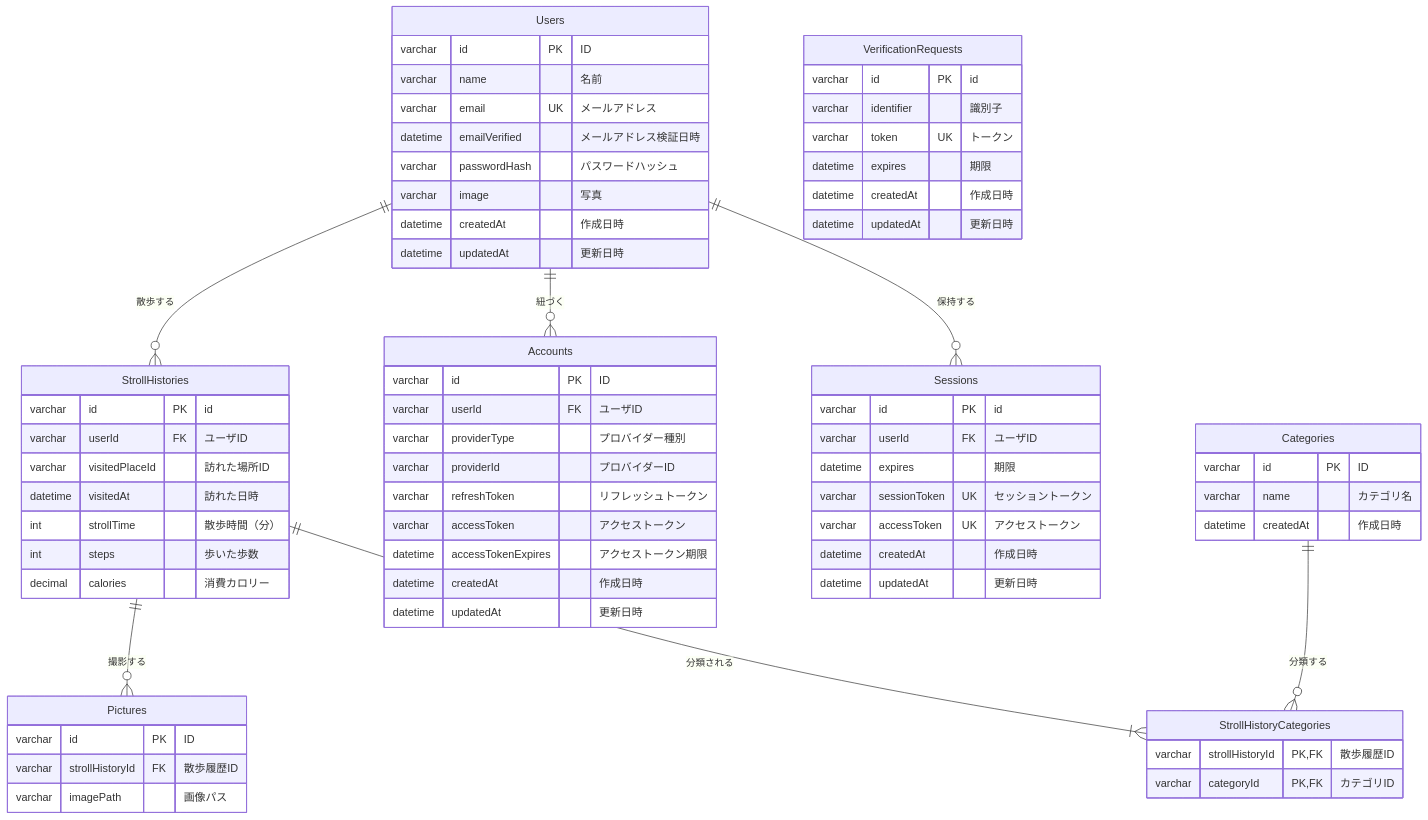
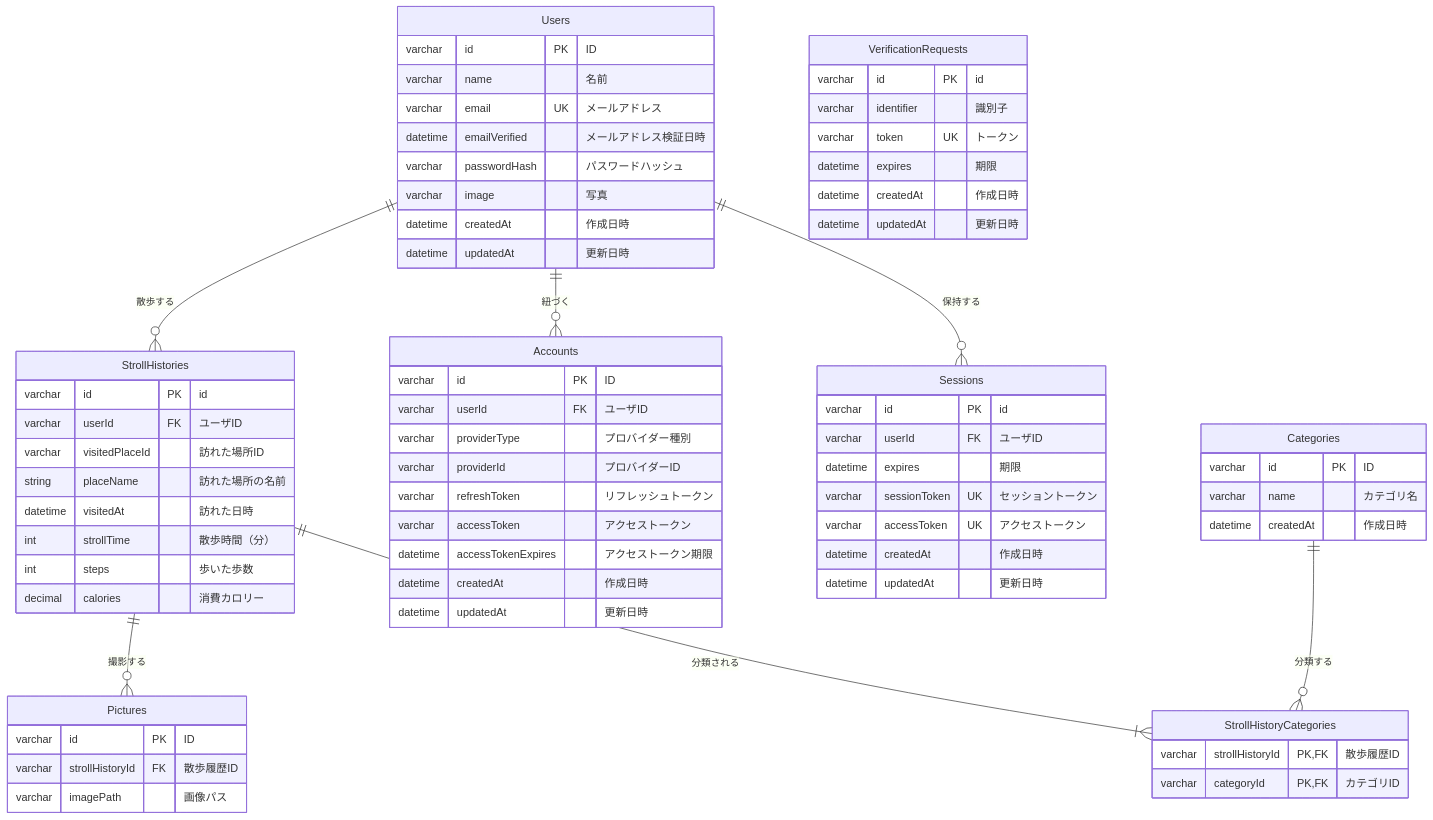
One commit to study-basic-hackathon/sanpo-gacha changed the diagram in docs/requirement.md. Above: the diagram before and after it, drawn with Mermaid. The commit also changed other lines of this file and 28 other files, not shown here.

````diff
--- a/docs/requirement.md
+++ b/docs/requirement.md
@@ -131,78 +131,79 @@
 ```mermaid
 erDiagram
     Users ||--o{ StrollHistories : "散歩する"
     Users ||--o{ Accounts : "紐づく"
     Users ||--o{ Sessions : "保持する"
     StrollHistories ||--o{ Pictures : "撮影する"
     StrollHistories ||--|{ StrollHistoryCategories : "分類される"
     Categories ||--o{ StrollHistoryCategories : "分類する"
 
     Users {
         varchar id PK "ID"
         varchar name "名前"
         varchar email UK "メールアドレス"
         datetime emailVerified "メールアドレス検証日時"
         varchar passwordHash "パスワードハッシュ"
         varchar image "写真"
         datetime createdAt "作成日時"
         datetime updatedAt "更新日時"
     }
 
     StrollHistories {
         varchar id PK "id"
         varchar userId FK "ユーザID"
         varchar visitedPlaceId "訪れた場所ID"
+        string placeName "訪れた場所の名前"
         datetime visitedAt "訪れた日時"
         int strollTime "散歩時間（分）"
         int steps "歩いた歩数"
         decimal calories "消費カロリー"
     }
 
     Categories {
         varchar id PK "ID"
         varchar name "カテゴリ名"
         datetime createdAt "作成日時"
     }
 
     StrollHistoryCategories {
         varchar strollHistoryId PK,FK "散歩履歴ID"
         varchar categoryId PK,FK "カテゴリID"
     }
 
     Pictures {
         varchar id PK "ID"
         varchar strollHistoryId FK "散歩履歴ID"
         varchar imagePath "画像パス"
     }
 
     Accounts {
         varchar id PK "ID"
         varchar userId FK "ユーザID"
         varchar providerType "プロバイダー種別"
         varchar providerId "プロバイダーID"
         varchar refreshToken "リフレッシュトークン"
         varchar accessToken "アクセストークン"
         datetime accessTokenExpires "アクセストークン期限"
         datetime createdAt "作成日時"
         datetime updatedAt "更新日時"
     }
 
     Sessions {
         varchar id PK "id"
         varchar userId FK "ユーザID"
         datetime expires "期限"
         varchar sessionToken UK "セッショントークン"
         varchar accessToken UK "アクセストークン"
         datetime createdAt "作成日時"
         datetime updatedAt "更新日時"
     }
 
     VerificationRequests {
         varchar id PK "id"
         varchar identifier "識別子"
         varchar token UK "トークン"
         datetime expires "期限"
         datetime createdAt "作成日時"
         datetime updatedAt "更新日時"
     }
 ```
````
